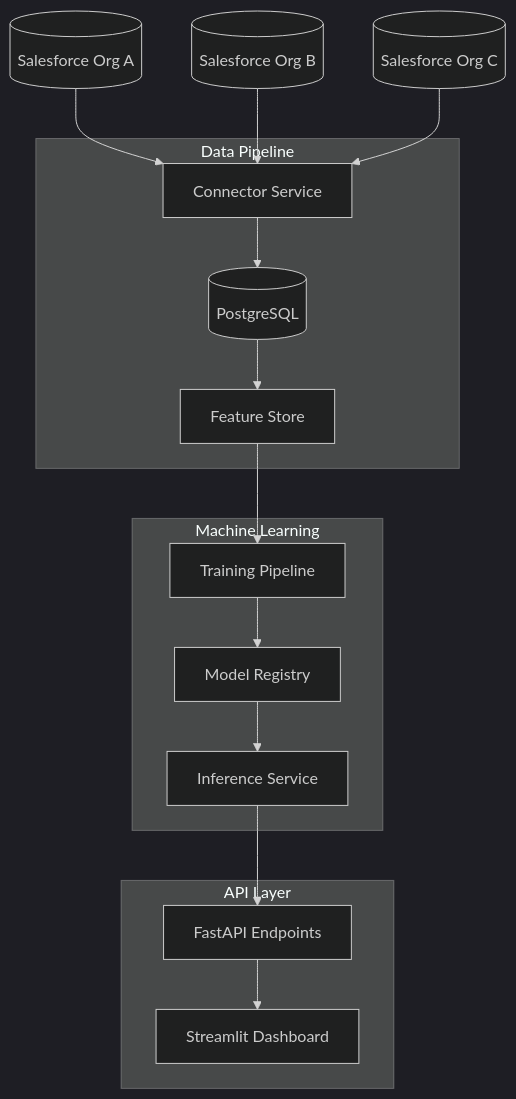
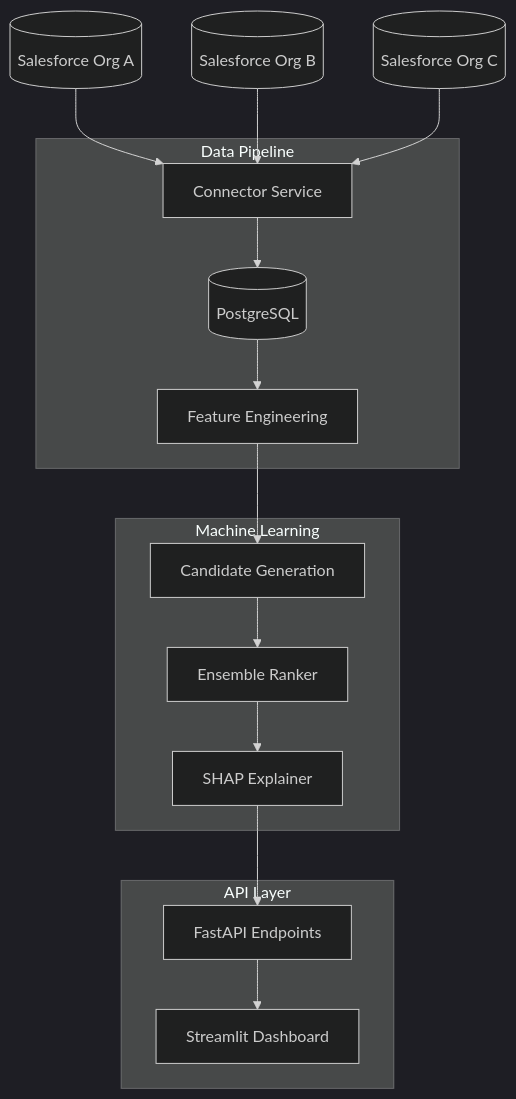
The diagram in README.md (Andre-Profitt/multi-crm-cross-sell), drawn with Mermaid (dark theme) before and after one commit. The commit also changed other lines of this file and 12 other files, not shown here.

````diff
--- a/README.md
+++ b/README.md
@@ -127,26 +166,26 @@
 ```mermaid
 flowchart TD
     SF1[(Salesforce Org A)]
     SF2[(Salesforce Org B)]
     SF3[(Salesforce Org C)]
 
     subgraph ETL ["Data Pipeline"]
       A[Connector Service] --> B[(PostgreSQL)]
-      B --> C[Feature Store]
+      B --> C[Feature Engineering]
     end
 
     subgraph ML ["Machine Learning"]
-      C --> D[Training Pipeline]
-      D --> E[Model Registry]
-      E --> F[Inference Service]
+      C --> D[Candidate Generation]
+      D --> E[Ensemble Ranker]
+      E --> F[SHAP Explainer]
     end
 
     subgraph API ["API Layer"]
       F --> G[FastAPI Endpoints]
       G --> H[Streamlit Dashboard]
     end
 
     SF1 --> A
     SF2 --> A
     SF3 --> A
 ```
````
